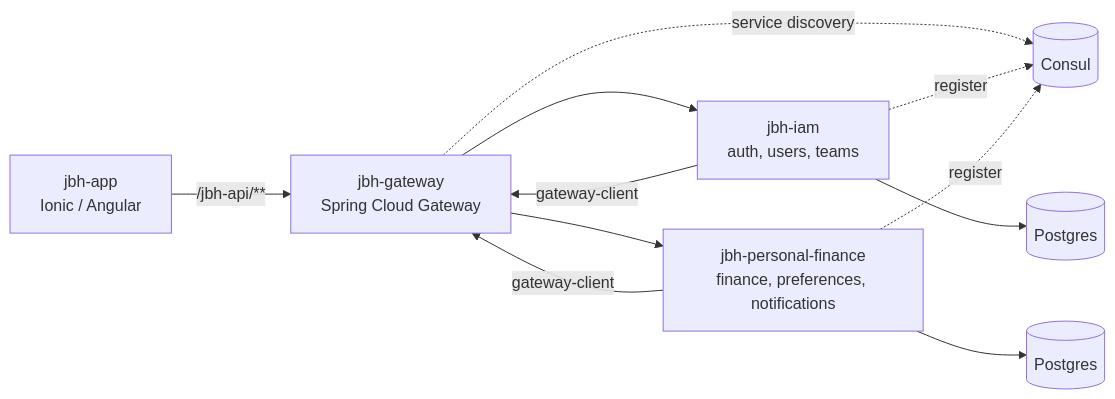
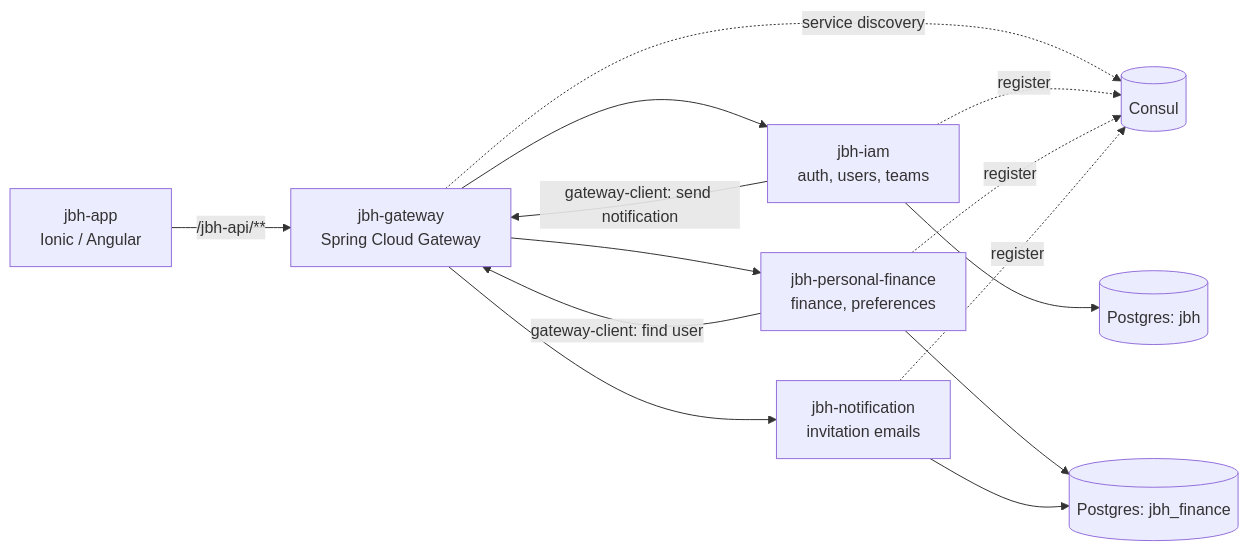
Before and after one commit to kkpa-jbh/.github: the diagram in profile/README.md, drawn with Mermaid. The commit also changed other lines of this file, not shown here.

````diff
--- a/profile/README.md
+++ b/profile/README.md
@@ -11,13 +11,16 @@
 ```mermaid
 flowchart LR
     app[jbh-app<br/>Ionic / Angular] -->|/jbh-api/**| gw[jbh-gateway<br/>Spring Cloud Gateway]
     gw --> iam[jbh-iam<br/>auth, users, teams]
-    gw --> pf[jbh-personal-finance<br/>finance, preferences, notifications]
+    gw --> pf[jbh-personal-finance<br/>finance, preferences]
+    gw --> nt[jbh-notification<br/>invitation emails]
     gw -. service discovery .-> consul[(Consul)]
     iam -. register .-> consul
     pf -. register .-> consul
-    pf -->|gateway-client| gw
-    iam -->|gateway-client| gw
-    iam --> db1[(Postgres)]
-    pf --> db2[(Postgres)]
+    nt -. register .-> consul
+    pf -->|gateway-client: find user| gw
+    iam -->|gateway-client: send notification| gw
+    iam --> db1[(Postgres: jbh)]
+    pf --> db2[(Postgres: jbh_finance)]
+    nt --> db2
 ```
````
